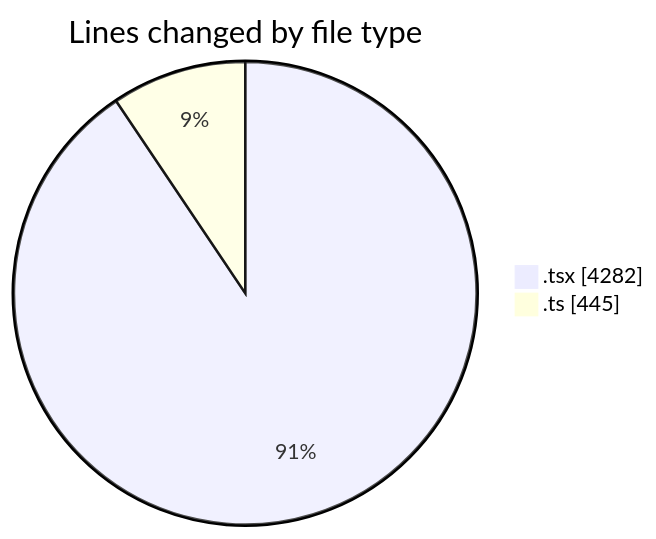
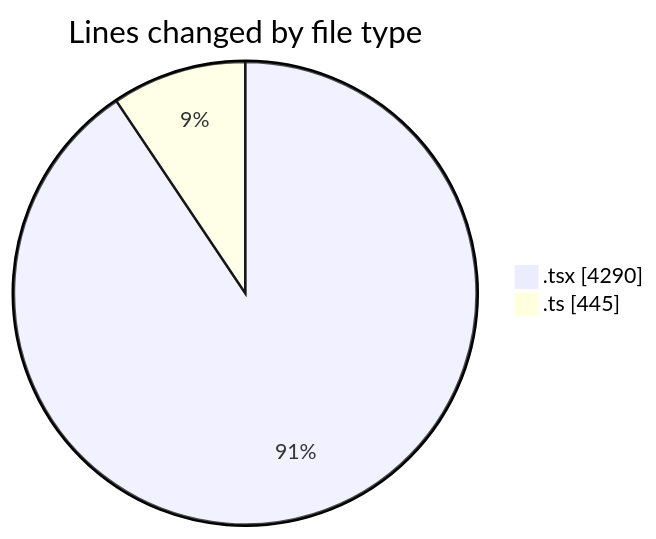
The first of 2 diagrams in 2025-09-24/cda/README.md (momahboobian/code-tracking), drawn with Mermaid before and after one commit. The commit also changed other lines of this file and 1 other file, not shown here.

````diff
--- a/2025-09-24/cda/README.md
+++ b/2025-09-24/cda/README.md
@@ -34,6 +34,6 @@
 ```mermaid
 pie showData
 title Lines changed by file type
-".tsx" : 4282
+".tsx" : 4290
 ".ts" : 445
 ```
````
